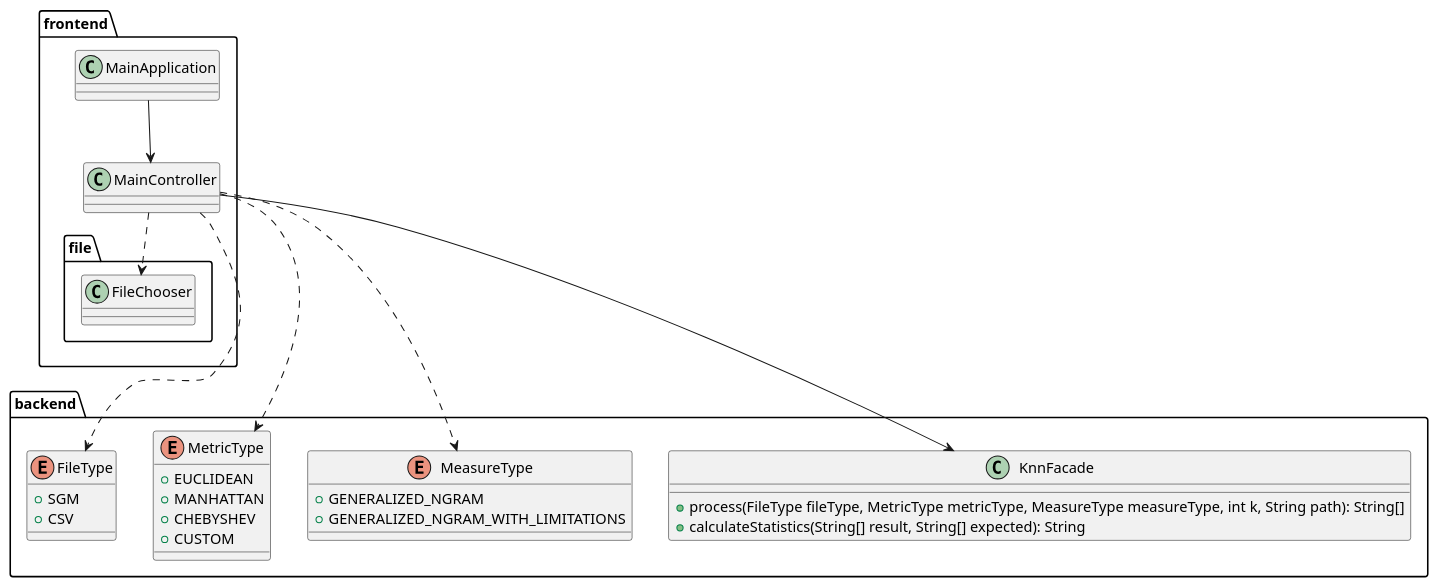
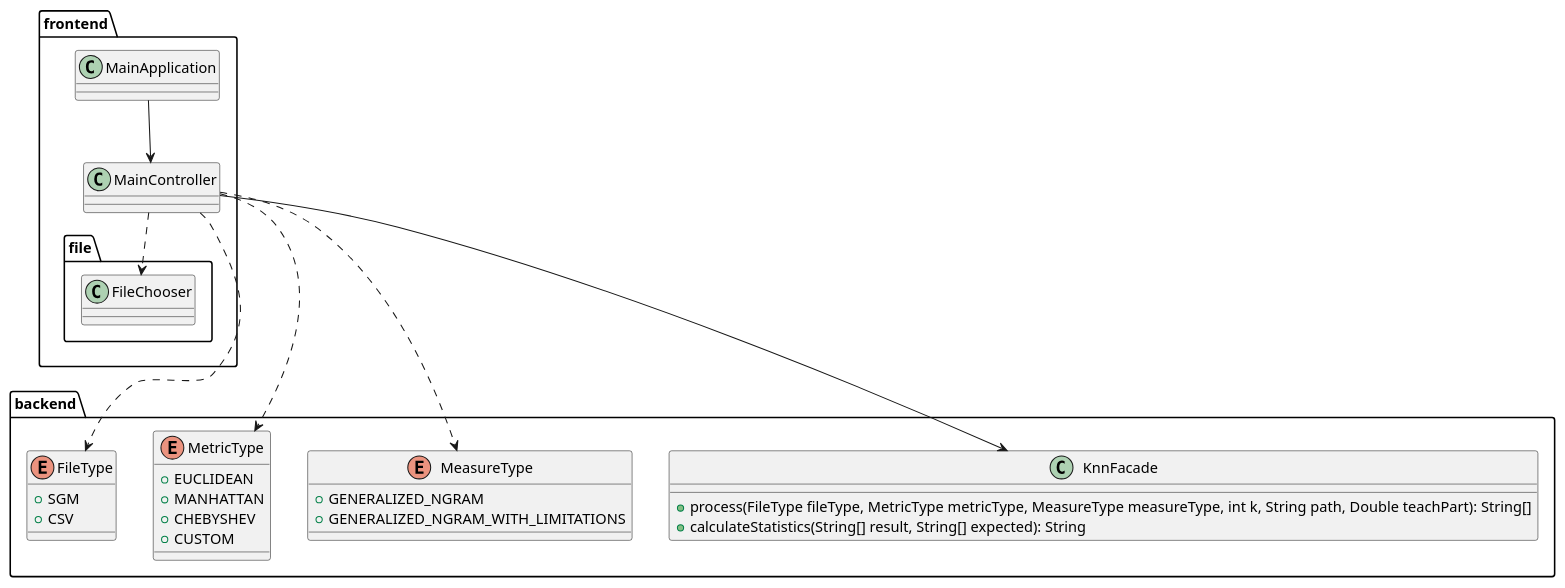
The first of 2 diagrams in README.md (kambed/Computer-Recognition-Systems), drawn with PlantUML before and after one commit. The commit also changed other lines of this file, not shown here.

````diff
--- a/README.md
+++ b/README.md
@@ -3,35 +3,35 @@
 ```plantuml
 package frontend {
     class MainApplication
     class MainController
     package file {
         class FileChooser
     }
     MainController ..> FileChooser
     MainApplication --> MainController
 }
 package backend {
     enum FileType {
         + SGM
         + CSV
     }
     enum MetricType {
         + EUCLIDEAN
         + MANHATTAN
         + CHEBYSHEV
         + CUSTOM
     }
     enum MeasureType {
         + GENERALIZED_NGRAM
         + GENERALIZED_NGRAM_WITH_LIMITATIONS
     }
     class KnnFacade {
-        + process(FileType fileType, MetricType metricType, MeasureType measureType, int k, String path): String[]
+        + process(FileType fileType, MetricType metricType, MeasureType measureType, int k, String path, Double teachPart): String[]
         + calculateStatistics(String[] result, String[] expected): String
     }
 }
 MainController ---> KnnFacade
 MainController ..> FileType
 MainController ..> MetricType
 MainController ..> MeasureType
 ```
````
